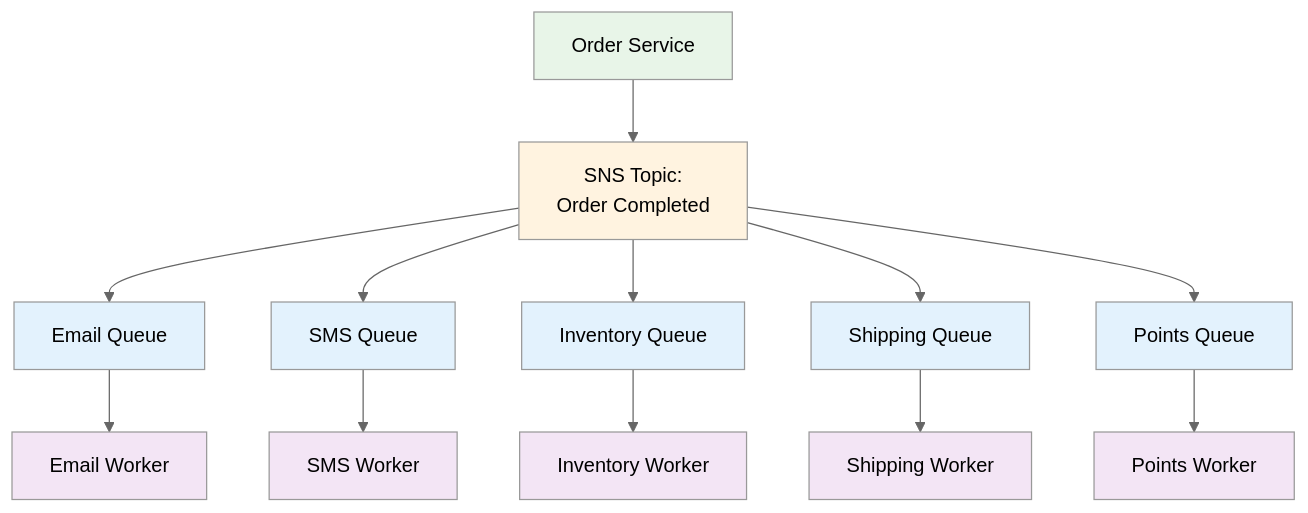
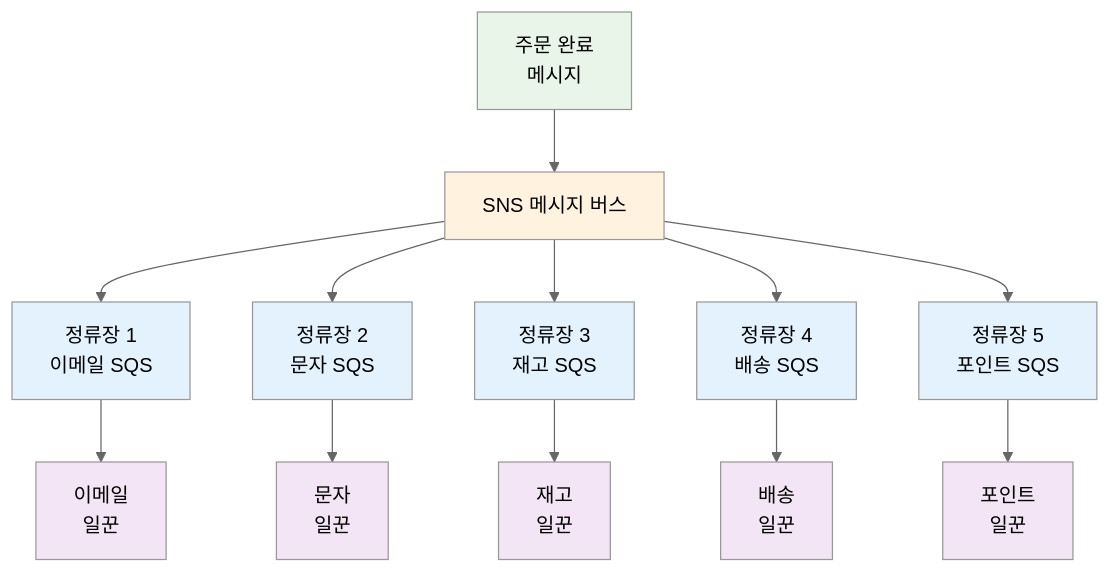
Before and after one commit to niceguy61/kdt_devops_lecture_2025: the sixth of 7 diagrams in theory/november/week_02/day1/session_2.md, drawn with Mermaid (neutral theme). The commit also changed other lines of this file and 1 other file, not shown here.

````diff
--- a/theory/november/week_02/day1/session_2.md
+++ b/theory/november/week_02/day1/session_2.md
@@ -276,29 +392,29 @@
 ```mermaid
 graph TB
-    P[Order Service] --> T[SNS Topic:<br/>Order Completed]
+    P[주문 완료<br/>메시지] --> T[SNS 메시지 버스]
     
-    T --> Q1[Email Queue]
-    T --> Q2[SMS Queue]
-    T --> Q3[Inventory Queue]
-    T --> Q4[Shipping Queue]
-    T --> Q5[Points Queue]
+    T --> Q1[정류장 1<br/>이메일 SQS]
+    T --> Q2[정류장 2<br/>문자 SQS]
+    T --> Q3[정류장 3<br/>재고 SQS]
+    T --> Q4[정류장 4<br/>배송 SQS]
+    T --> Q5[정류장 5<br/>포인트 SQS]
     
-    Q1 --> W1[Email Worker]
-    Q2 --> W2[SMS Worker]
-    Q3 --> W3[Inventory Worker]
-    Q4 --> W4[Shipping Worker]
-    Q5 --> W5[Points Worker]
+    Q1 --> W1[이메일<br/>일꾼]
+    Q2 --> W2[문자<br/>일꾼]
+    Q3 --> W3[재고<br/>일꾼]
+    Q4 --> W4[배송<br/>일꾼]
+    Q5 --> W5[포인트<br/>일꾼]
     
     style P fill:#e8f5e8
     style T fill:#fff3e0
     style Q1 fill:#e3f2fd
     style Q2 fill:#e3f2fd
     style Q3 fill:#e3f2fd
     style Q4 fill:#e3f2fd
     style Q5 fill:#e3f2fd
     style W1 fill:#f3e5f5
     style W2 fill:#f3e5f5
     style W3 fill:#f3e5f5
     style W4 fill:#f3e5f5
     style W5 fill:#f3e5f5
 ```
````
